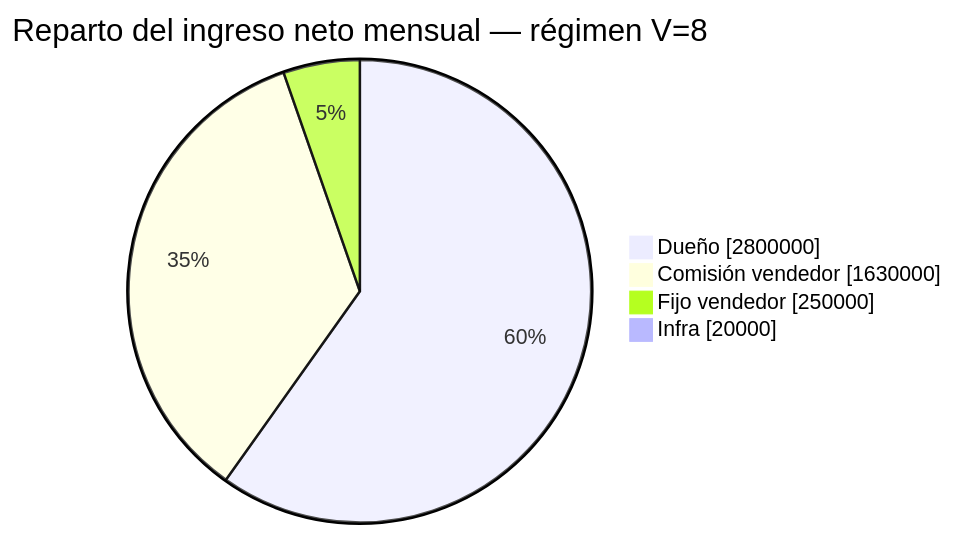
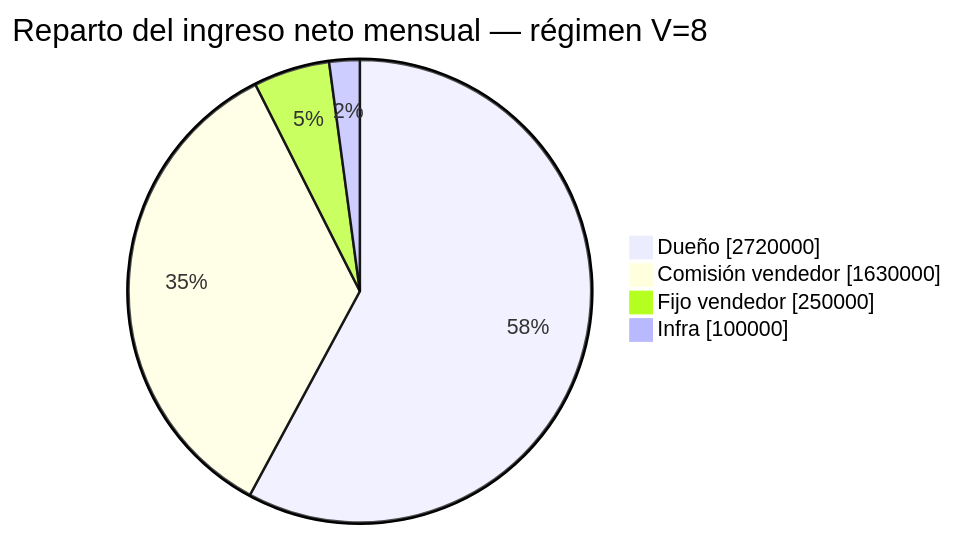
Before and after one commit to dantofema/comercial: the third of 3 diagrams in vinotecas/lsp-vendedor.md, drawn with Mermaid. The commit also changed other lines of this file, not shown here.

First line of the commit message:
docs(vinotecas): infra escalonada 50k/100k en lsp-vendedor

````diff
--- a/vinotecas/lsp-vendedor.md
+++ b/vinotecas/lsp-vendedor.md
@@ -155,8 +164,8 @@
 ```mermaid
 pie showData
     title Reparto del ingreso neto mensual — régimen V=8
-    "Dueño" : 2800000
+    "Dueño" : 2720000
     "Comisión vendedor" : 1630000
     "Fijo vendedor" : 250000
-    "Infra" : 20000
+    "Infra" : 100000
 ```
````
